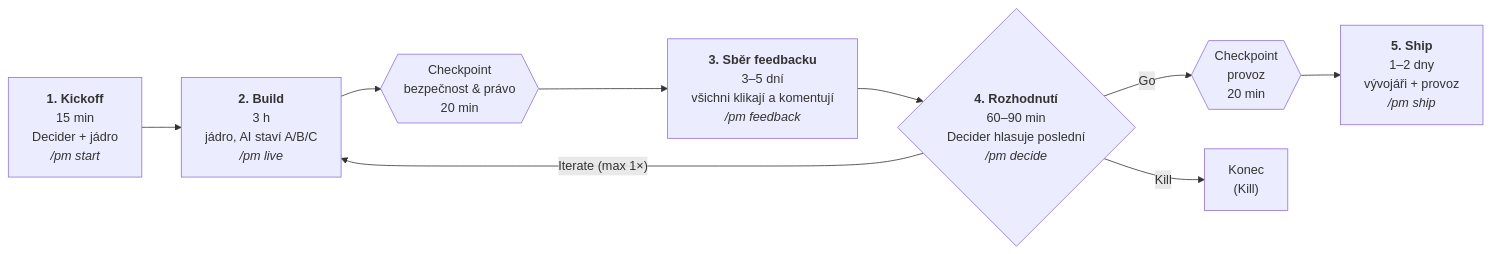
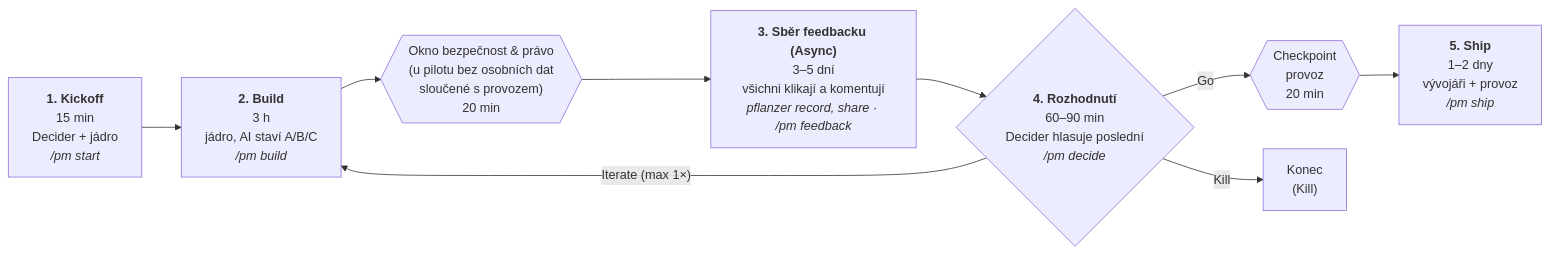
The first of 3 diagrams in docs/postup.md (gizmax/PflanzerMethod), drawn with Mermaid before and after one commit. The commit also changed other lines of this file and 21 other files, not shown here.

````diff
--- a/docs/postup.md
+++ b/docs/postup.md
@@ -14,16 +19,16 @@
 ```mermaid
 flowchart LR
     K["<b>1. Kickoff</b><br/>15 min<br/>Decider + jádro<br/><i>/pm start</i>"]
-    B["<b>2. Build</b><br/>3 h<br/>jádro, AI staví A/B/C<br/><i>/pm live</i>"]
-    S{{"Checkpoint<br/>bezpečnost & právo<br/>20 min"}}
-    A["<b>3. Sběr feedbacku</b><br/>3–5 dní<br/>všichni klikají a komentují<br/><i>/pm feedback</i>"]
+    B["<b>2. Build</b><br/>3 h<br/>jádro, AI staví A/B/C<br/><i>/pm build</i>"]
+    S{{"Okno bezpečnost & právo<br/>(u pilotu bez osobních dat<br/>sloučené s provozem)<br/>20 min"}}
+    A["<b>3. Sběr feedbacku (Async)</b><br/>3–5 dní<br/>všichni klikají a komentují<br/><i>pflanzer record, share · /pm feedback</i>"]
     R{"<b>4. Rozhodnutí</b><br/>60–90 min<br/>Decider hlasuje poslední<br/><i>/pm decide</i>"}
     P{{"Checkpoint<br/>provoz<br/>20 min"}}
     SH["<b>5. Ship</b><br/>1–2 dny<br/>vývojáři + provoz<br/><i>/pm ship</i>"]
     X["Konec<br/>(Kill)"]
 
     K --> B --> S --> A --> R
     R -- Go --> P --> SH
     R -- "Iterate (max 1×)" --> B
     R -- Kill --> X
 ```
````
